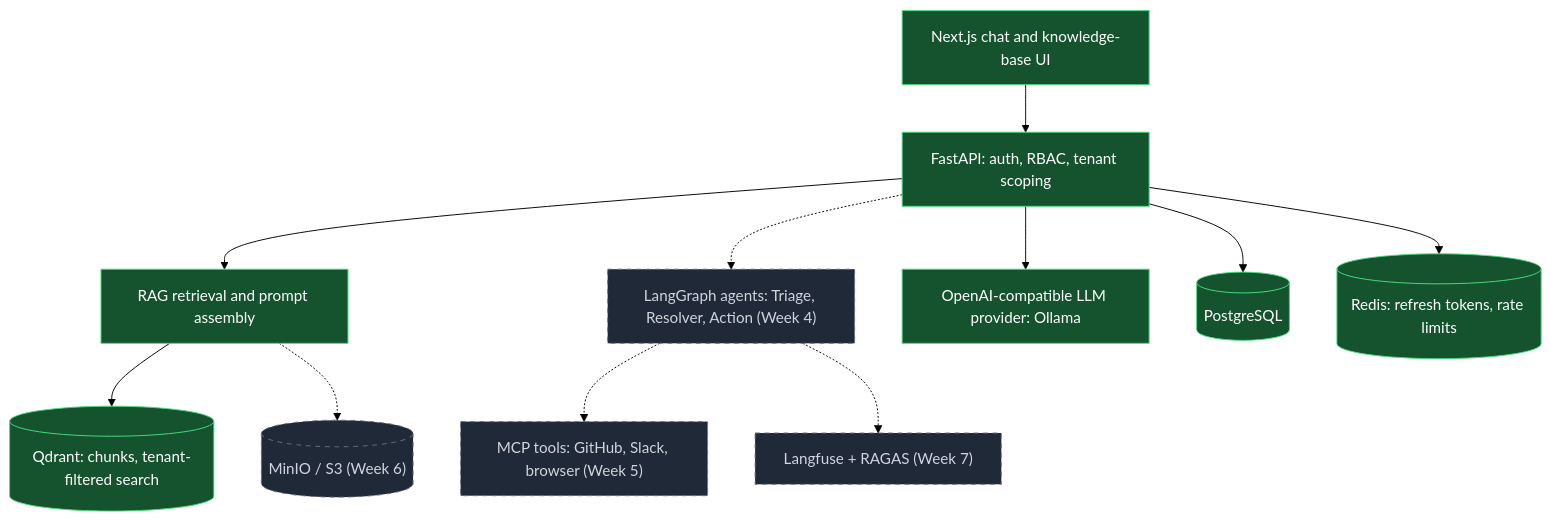
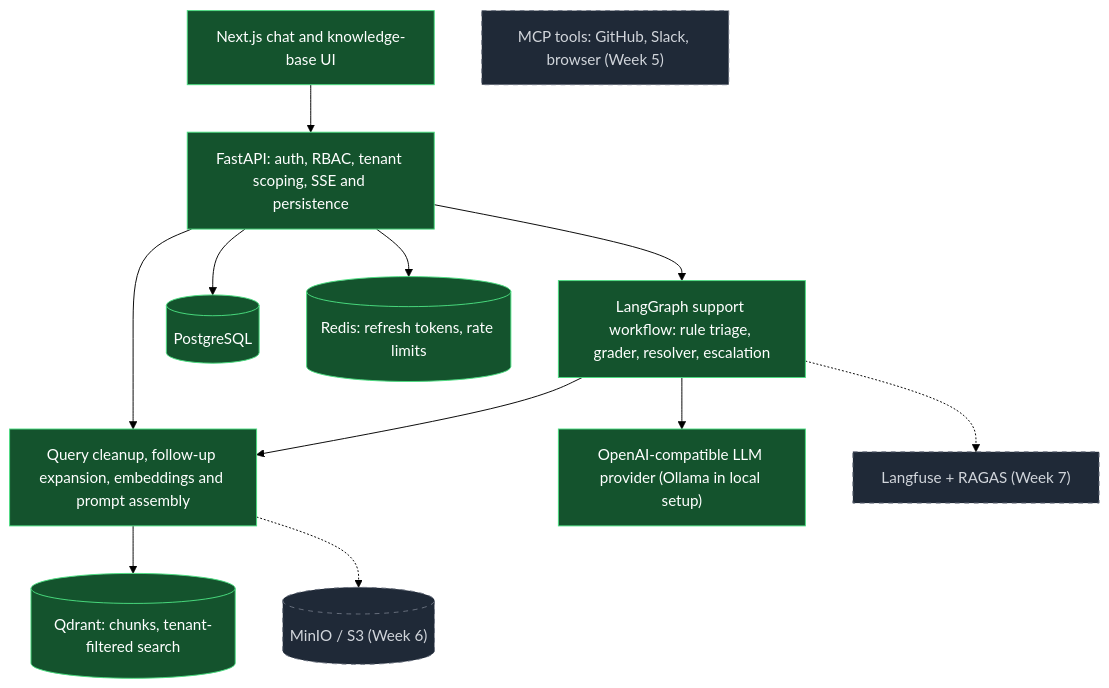
One commit to BanothuNithin/SupportPilot changed the first of 5 diagrams in docs/ARCHITECTURE.md. Above: the diagram before and after it, drawn with Mermaid (forest theme). The commit also changed other lines of this file and 2 other files, not shown here.

Commit message:
docs: week 4 notes, decisions and architecture

````diff
--- a/docs/ARCHITECTURE.md
+++ b/docs/ARCHITECTURE.md
@@ -5,28 +5,28 @@
 ```mermaid
 flowchart TD
     UI["Next.js chat and knowledge-base UI"]:::done
-    API["FastAPI: auth, RBAC, tenant scoping"]:::done
-    AG["LangGraph agents: Triage, Resolver, Action (Week 4)"]:::planned
-    RAG["RAG retrieval and prompt assembly"]:::done
+    API["FastAPI: auth, RBAC, tenant scoping, SSE and persistence"]:::done
+    AG["LangGraph support workflow: rule triage, grader, resolver, escalation"]:::done
+    RAG["Query cleanup, follow-up expansion, embeddings and prompt assembly"]:::done
     QD[("Qdrant: chunks, tenant-filtered search")]:::done
-    LLM["OpenAI-compatible LLM provider: Ollama"]:::done
+    LLM["OpenAI-compatible LLM provider (Ollama in local setup)"]:::done
     MCP["MCP tools: GitHub, Slack, browser (Week 5)"]:::planned
     PG[("PostgreSQL")]:::done
     RD[("Redis: refresh tokens, rate limits")]:::done
     S3[("MinIO / S3 (Week 6)")]:::planned
     OBS["Langfuse + RAGAS (Week 7)"]:::planned
 
     UI --> API
+    API --> AG
     API --> RAG
+    AG --> RAG
     RAG --> QD
-    API --> LLM
-    API -.-> AG
-    AG -.-> MCP
+    AG --> LLM
     API --> PG
     API --> RD
     RAG -.-> S3
     AG -.-> OBS
 
     classDef done fill:#14532d,stroke:#4ade80,color:#ffffff;
     classDef planned fill:#1f2937,stroke:#6b7280,color:#d1d5db,stroke-dasharray: 5 5;
 ```
````
